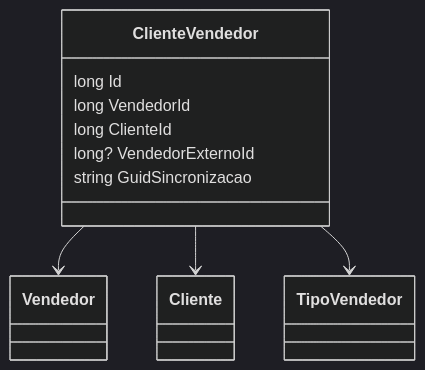
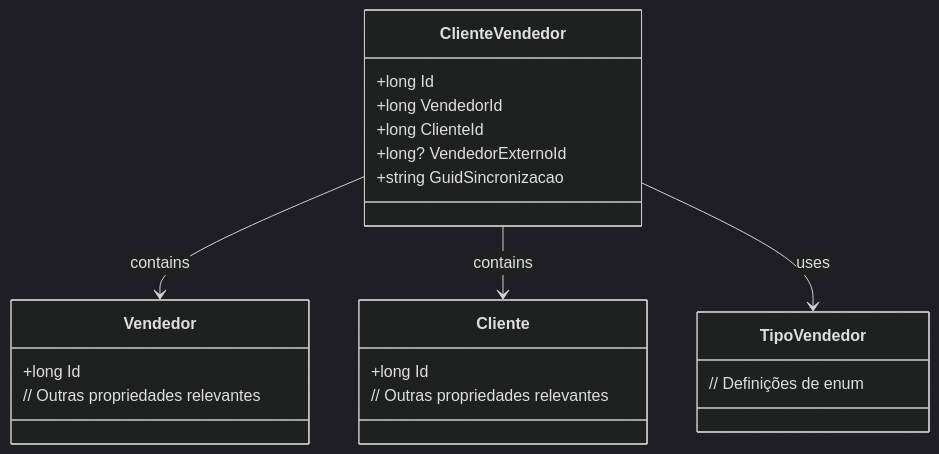
The diagram in docs/b2b-dominio/IsthmusWinthor.Nucleo/IsthmusWinthor.Dominio/Entidades/ClienteVendedor.md (IsthmusSistemas/documentacao-tecnica), drawn with Mermaid (dark theme) before and after one commit. The commit also changed other lines of this file and 882 other files, not shown here.

````diff
--- a/docs/b2b-dominio/IsthmusWinthor.Nucleo/IsthmusWinthor.Dominio/Entidades/ClienteVendedor.md
+++ b/docs/b2b-dominio/IsthmusWinthor.Nucleo/IsthmusWinthor.Dominio/Entidades/ClienteVendedor.md
@@ -22,13 +22,25 @@
 ```mermaid
 classDiagram
     class ClienteVendedor {
-        long Id
-        long VendedorId
-        long ClienteId
-        long? VendedorExternoId
-        string GuidSincronizacao
+        +long Id
+        +long VendedorId
+        +long ClienteId
+        +long? VendedorExternoId
+        +string GuidSincronizacao
     }
-    ClienteVendedor --> Vendedor
-    ClienteVendedor --> Cliente
-    ClienteVendedor --> TipoVendedor
+    class Vendedor {
+        +long Id
+        // Outras propriedades relevantes
+    }
+    class Cliente {
+        +long Id
+        // Outras propriedades relevantes
+    }
+    class TipoVendedor {
+        // Definições de enum
+    }
+    
+    ClienteVendedor --> Vendedor : contains
+    ClienteVendedor --> Cliente : contains
+    ClienteVendedor --> TipoVendedor : uses
 ```
````
